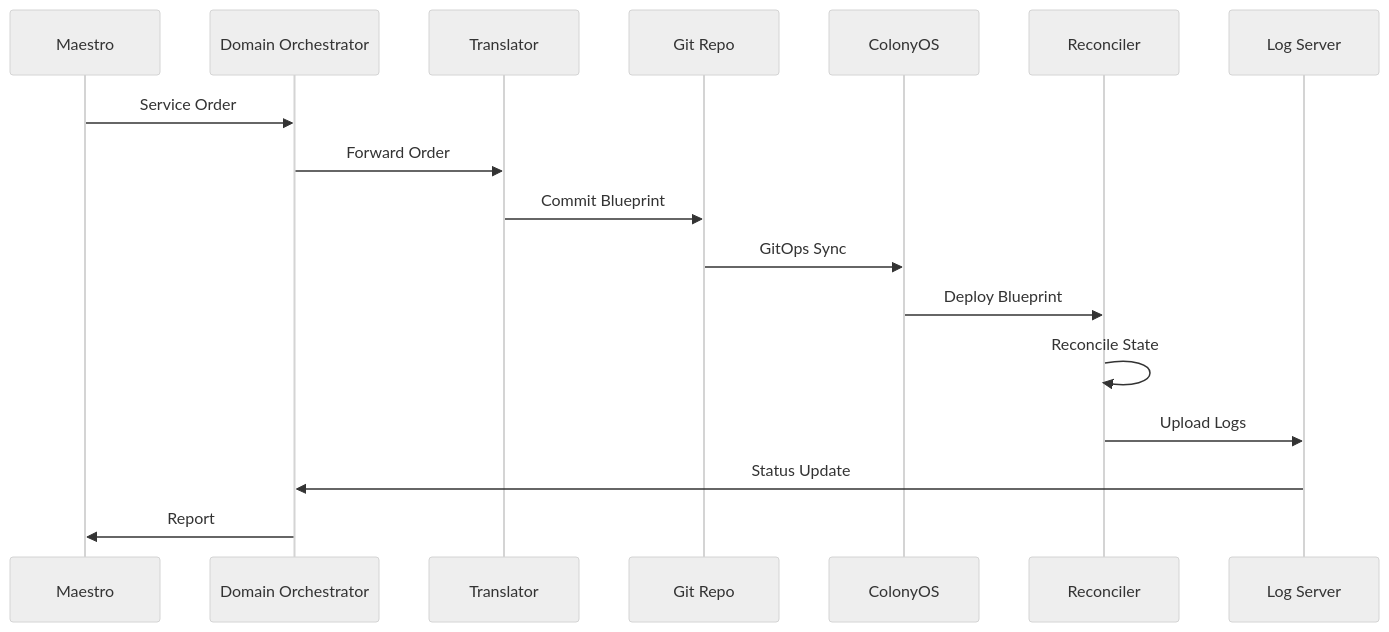
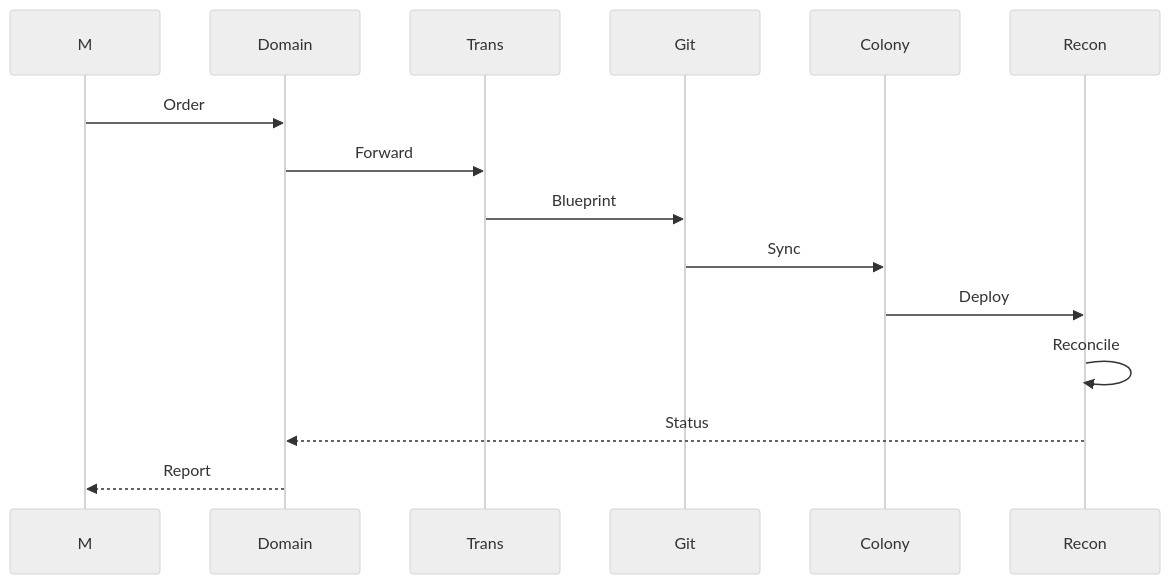
Before and after one commit to cop-pilot-eu/cluster-1-integration: the second of 5 diagrams in README.md, drawn with Mermaid (neutral theme). The commit also changed other lines of this file, not shown here.

````diff
--- a/README.md
+++ b/README.md
@@ -93,20 +93,18 @@
 ```mermaid
 sequenceDiagram
-    participant M as Maestro
-    participant DO as Domain Orchestrator
-    participant T as Translator
-    participant Git as Git Repo
-    participant C as ColonyOS
-    participant R as Reconciler
-    participant LS as Log Server
+    participant M
+    participant DO as Domain
+    participant T as Trans
+    participant G as Git
+    participant C as Colony
+    participant R as Recon
 
-    M->>DO: Service Order
-    DO->>T: Forward Order
-    T->>Git: Commit Blueprint
-    Git->>C: GitOps Sync
-    C->>R: Deploy Blueprint
-    R->>R: Reconcile State
-    R->>LS: Upload Logs
-    LS->>DO: Status Update
-    DO->>M: Report
+    M->>DO: Order
+    DO->>T: Forward
+    T->>G: Blueprint
+    G->>C: Sync
+    C->>R: Deploy
+    R->>R: Reconcile
+    R-->>DO: Status
+    DO-->>M: Report
 ```
````
